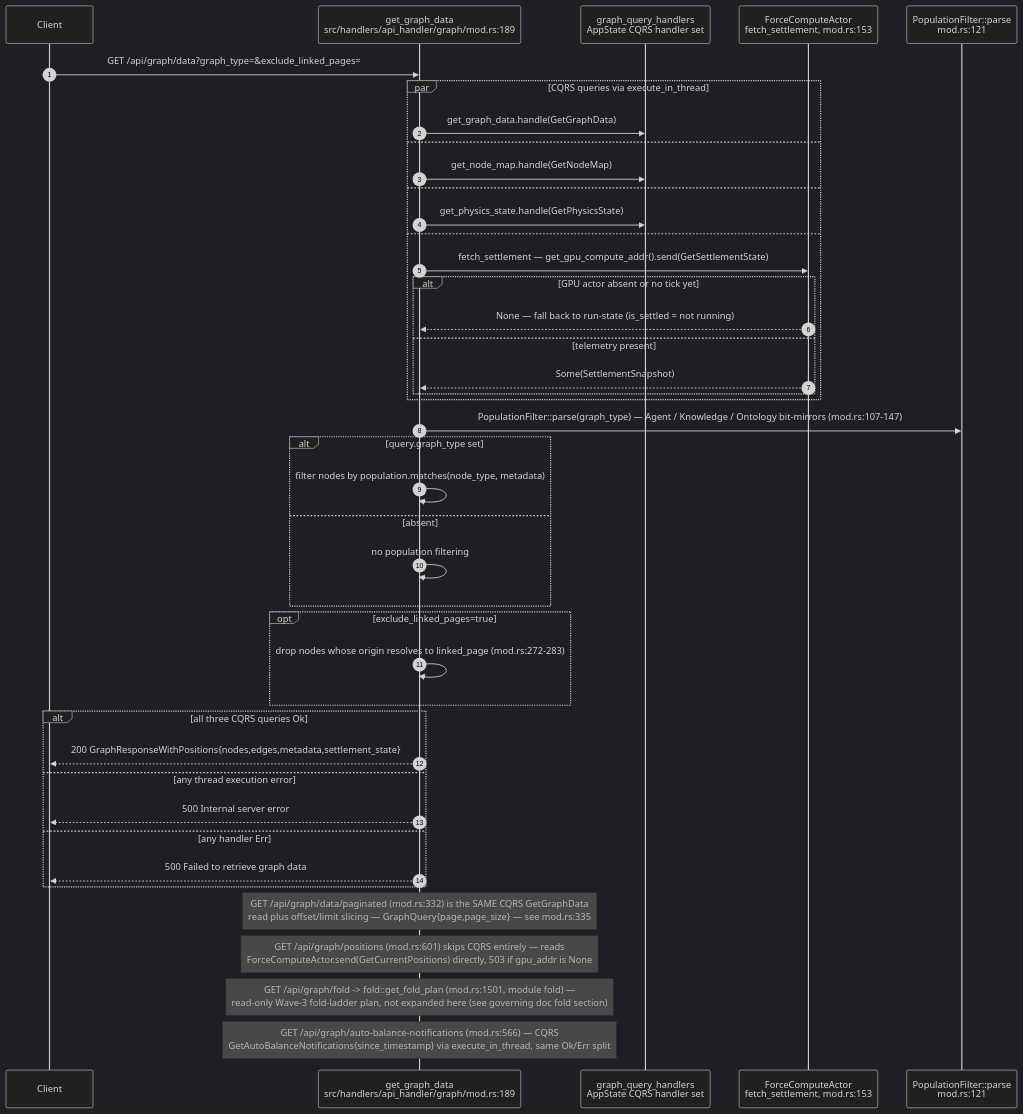
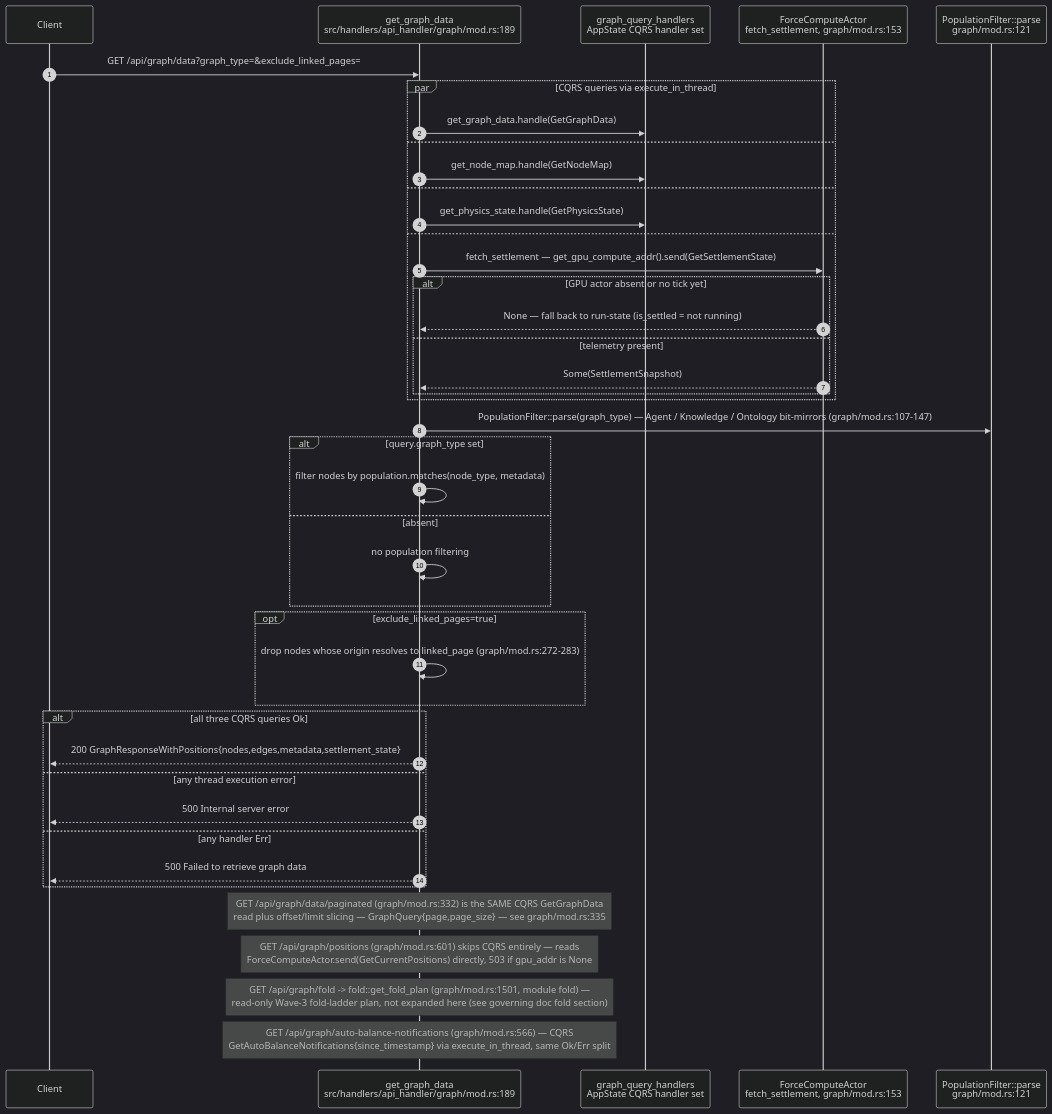
The first of 29 diagrams in docs/diagrams/visionclaw/04-handlers-graph-and-state.md (DreamLab-AI/VisionFlow), drawn with Mermaid (dark theme) before and after one commit. The commit also changed other lines of this file and 185 other files, not shown here.

Commit message:
docs(estate): reconcile diagrams and ADRs with source and define closeout sprint

````diff
--- a/docs/diagrams/visionclaw/04-handlers-graph-and-state.md
+++ b/docs/diagrams/visionclaw/04-handlers-graph-and-state.md
@@ -59,45 +60,45 @@
 ```mermaid
 sequenceDiagram
     autonumber
     participant C as Client
     participant H as get_graph_data<br/>src/handlers/api_handler/graph/mod.rs:189
     participant QH as graph_query_handlers<br/>AppState CQRS handler set
-    participant GPU as ForceComputeActor<br/>fetch_settlement, mod.rs:153
-    participant POP as PopulationFilter::parse<br/>mod.rs:121
+    participant GPU as ForceComputeActor<br/>fetch_settlement, graph/mod.rs:153
+    participant POP as PopulationFilter::parse<br/>graph/mod.rs:121
 
     C->>H: GET /api/graph/data?graph_type=&exclude_linked_pages=
     par CQRS queries via execute_in_thread
         H->>QH: get_graph_data.handle(GetGraphData)
     and
         H->>QH: get_node_map.handle(GetNodeMap)
     and
         H->>QH: get_physics_state.handle(GetPhysicsState)
     and
         H->>GPU: fetch_settlement — get_gpu_compute_addr().send(GetSettlementState)
         alt GPU actor absent or no tick yet
             GPU-->>H: None — fall back to run-state (is_settled = not running)
         else telemetry present
             GPU-->>H: Some(SettlementSnapshot)
         end
     end
-    H->>POP: PopulationFilter::parse(graph_type) — Agent / Knowledge / Ontology bit-mirrors (mod.rs:107-147)
+    H->>POP: PopulationFilter::parse(graph_type) — Agent / Knowledge / Ontology bit-mirrors (graph/mod.rs:107-147)
     alt query.graph_type set
         H->>H: filter nodes by population.matches(node_type, metadata)
     else absent
         H->>H: no population filtering
     end
     opt exclude_linked_pages=true
-        H->>H: drop nodes whose origin resolves to linked_page (mod.rs:272-283)
+        H->>H: drop nodes whose origin resolves to linked_page (graph/mod.rs:272-283)
     end
     alt all three CQRS queries Ok
         H-->>C: 200 GraphResponseWithPositions{nodes,edges,metadata,settlement_state}
     else any thread execution error
         H-->>C: 500 Internal server error
     else any handler Err
         H-->>C: 500 Failed to retrieve graph data
     end
-    Note over H: GET /api/graph/data/paginated (mod.rs:332) is the SAME CQRS GetGraphData<br/>read plus offset/limit slicing — GraphQuery{page,page_size} — see mod.rs:335
-    Note over H: GET /api/graph/positions (mod.rs:601) skips CQRS entirely — reads<br/>ForceComputeActor.send(GetCurrentPositions) directly, 503 if gpu_addr is None
-    Note over H: GET /api/graph/fold -> fold::get_fold_plan (mod.rs:1501, module fold) —<br/>read-only Wave-3 fold-ladder plan, not expanded here (see governing doc fold section)
-    Note over H: GET /api/graph/auto-balance-notifications (mod.rs:566) — CQRS<br/>GetAutoBalanceNotifications{since_timestamp} via execute_in_thread, same Ok/Err split
+    Note over H: GET /api/graph/data/paginated (graph/mod.rs:332) is the SAME CQRS GetGraphData<br/>read plus offset/limit slicing — GraphQuery{page,page_size} — see graph/mod.rs:335
+    Note over H: GET /api/graph/positions (graph/mod.rs:601) skips CQRS entirely — reads<br/>ForceComputeActor.send(GetCurrentPositions) directly, 503 if gpu_addr is None
+    Note over H: GET /api/graph/fold -> fold::get_fold_plan (graph/mod.rs:1501, module fold) —<br/>read-only Wave-3 fold-ladder plan, not expanded here (see governing doc fold section)
+    Note over H: GET /api/graph/auto-balance-notifications (graph/mod.rs:566) — CQRS<br/>GetAutoBalanceNotifications{since_timestamp} via execute_in_thread, same Ok/Err split
 ```
````
